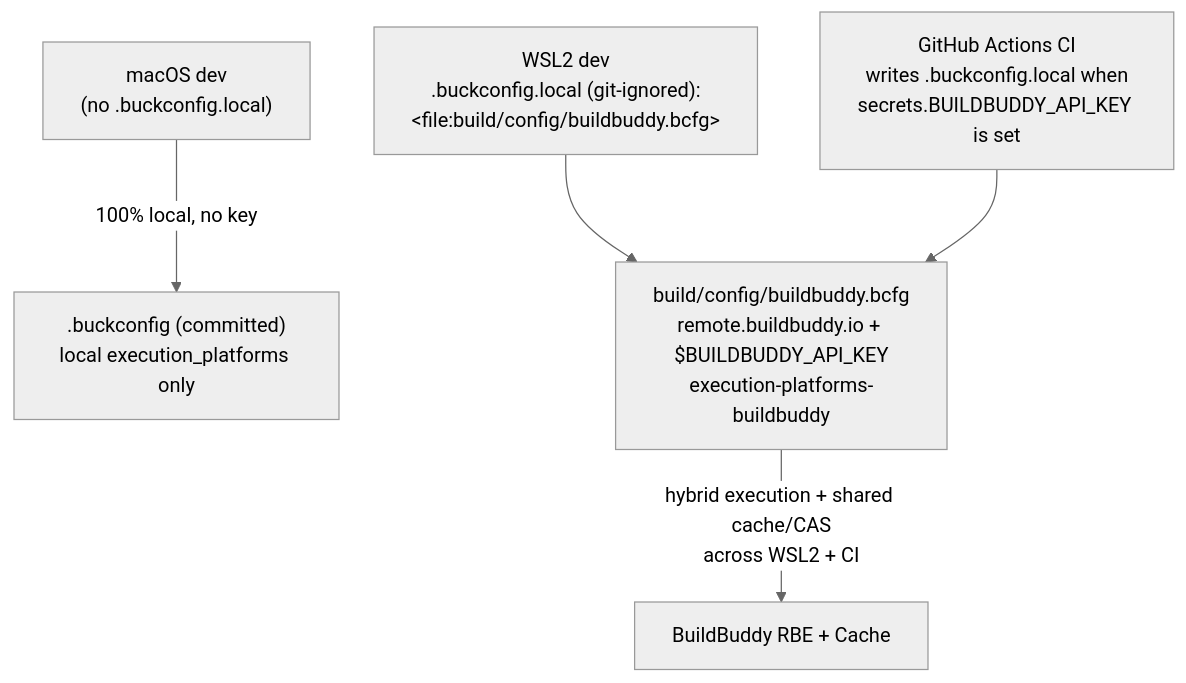
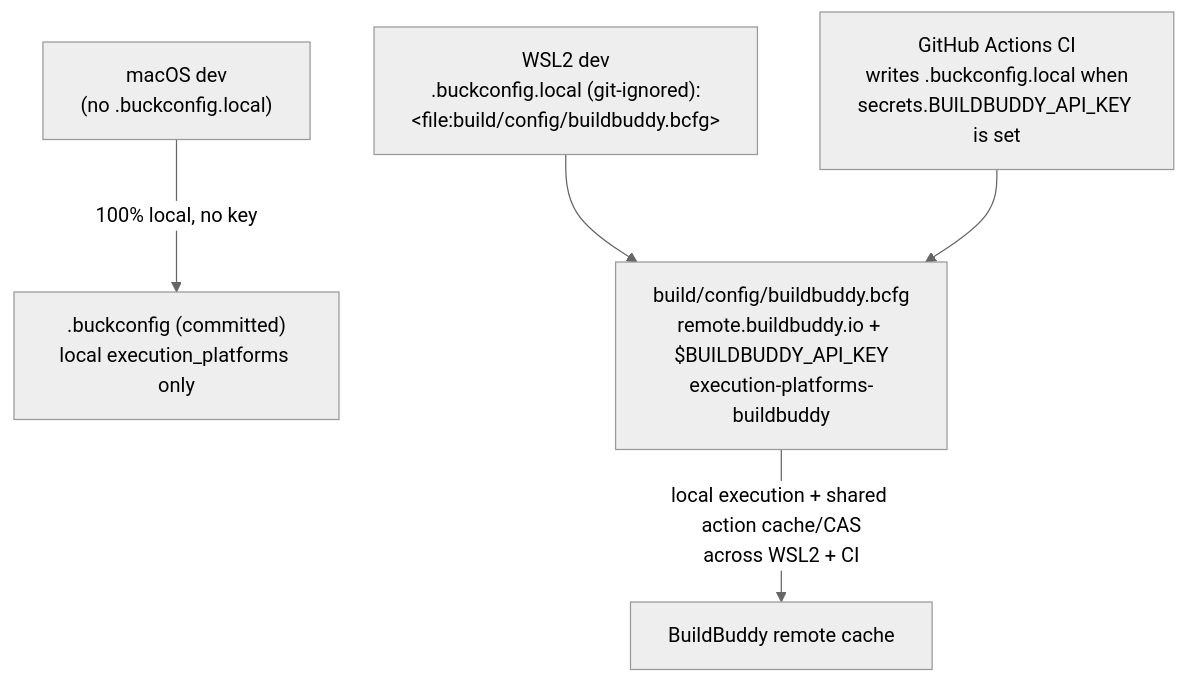
The first of 2 diagrams in docs/plans/0036-workspace-remote-execution.md (raydatray/peppydb), drawn with Mermaid (neutral theme) before and after one commit. The commit also changed other lines of this file and 1 other file, not shown here.

Commit message:
[4/4][workspace-rbe][docs] document dynamic CI and BuildBuddy setup

````diff
--- a/docs/plans/0036-workspace-remote-execution.md
+++ b/docs/plans/0036-workspace-remote-execution.md
@@ -79,8 +80,8 @@
 ```mermaid
 flowchart TB
     base[".buckconfig (committed)<br/>local execution_platforms only"]
     mac["macOS dev<br/>(no .buckconfig.local)"] -->|"100% local, no key"| base
     wsl["WSL2 dev<br/>.buckconfig.local (git-ignored):<br/>&lt;file:build/config/buildbuddy.bcfg&gt;"] --> bcfg["build/config/buildbuddy.bcfg<br/>remote.buildbuddy.io + $BUILDBUDDY_API_KEY<br/>execution-platforms-buildbuddy"]
     ci["GitHub Actions CI<br/>writes .buckconfig.local when<br/>secrets.BUILDBUDDY_API_KEY is set"] --> bcfg
-    bcfg -->|"hybrid execution + shared cache/CAS<br/>across WSL2 + CI"| bb["BuildBuddy RBE + Cache"]
+    bcfg -->|"local execution + shared action cache/CAS<br/>across WSL2 + CI"| bb["BuildBuddy remote cache"]
 ```
````
